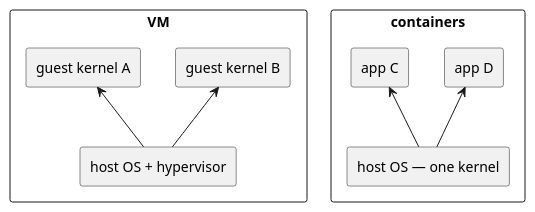
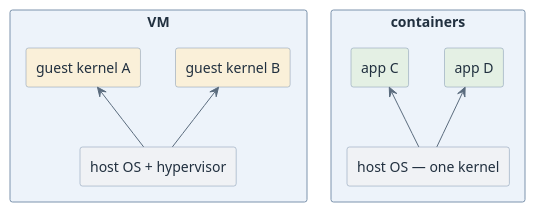
One commit to htl-leonding-college/curriculum-syp3 changed the second of 2 diagrams in modules/docker-basics/questions.adoc. Above: the diagram before and after it, drawn with PlantUML. The commit also changed other lines of this file and 65 other files, not shown here.

First line of the commit message:
feat(site): give the diagrams a semantic pastel palette

```diff
--- a/modules/docker-basics/questions.adoc
+++ b/modules/docker-basics/questions.adoc
@@ -150,21 +153,24 @@
 [plantuml,q-vm-vs-container,svg]
 ----
 @startuml
-skinparam monochrome true
+<style>
+element { BackgroundColor #EDF3FA; LineColor #7C93AD; FontColor #21303F }
+arrow { LineColor #5A6B7D; FontColor #21303F }
+</style>
 skinparam shadowing false
 rectangle "VM" {
-  rectangle "host OS + hypervisor" as O1
-  rectangle "guest kernel A" as K1
-  rectangle "guest kernel B" as K2
+  rectangle "host OS + hypervisor" as O1 #F0F2F5
+  rectangle "guest kernel A" as K1 #FAF0D9
+  rectangle "guest kernel B" as K2 #FAF0D9
   O1 -up-> K1
   O1 -up-> K2
 }
 rectangle "containers" {
-  rectangle "host OS — one kernel" as O2
-  rectangle "app C" as A3
-  rectangle "app D" as A4
+  rectangle "host OS — one kernel" as O2 #F0F2F5
+  rectangle "app C" as A3 #E4F0E4
+  rectangle "app D" as A4 #E4F0E4
   O2 -up-> A3
   O2 -up-> A4
 }
 @enduml
 ----
```
